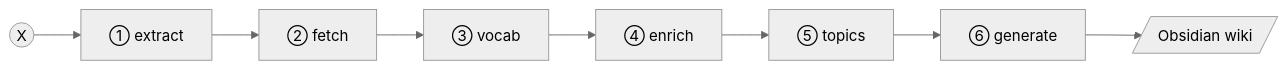
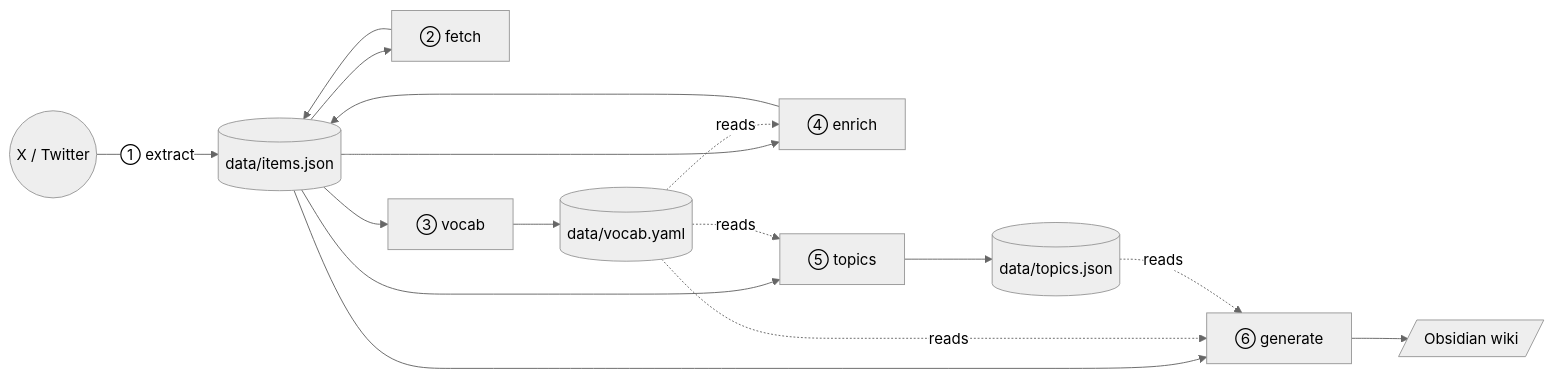
One commit to VGonPa/xbrain changed the second of 3 diagrams in README.md. Above: the diagram before and after it, drawn with Mermaid (neutral theme). The commit also changed other lines of this file, not shown here.

Commit message:
docs: restore artifact-hub diagram in README, fix ② visibility
The previous iteration removed the data artifacts (items.json, vocab.yaml,
topics.json, wiki) from the pipeline diagram in the name of fixing the
invisible ② label. Wrong trade — the artifact layout was the most useful
part of the diagram.

This restores the hub-and-spoke design with items.json at the center, but
converts every command into a labelled node (instead of relying on edge
labels for a D → D self-loop). All six stage numbers now render, and the
data flow into vocab.yaml / topics.json / the wiki is visible again.

````diff
--- a/README.md
+++ b/README.md
@@ -307,10 +307,13 @@
 ```mermaid
 flowchart LR
-    X((X)) --> E["① extract"]
-    E --> F["② fetch"]
-    F --> V["③ vocab"]
-    V --> En["④ enrich"]
-    En --> T["⑤ topics"]
-    T --> G["⑥ generate"]
-    G --> W[/Obsidian wiki/]
+    X((X / Twitter)) -->|① extract| D[(data/items.json)]
+    D --> Fe["② fetch"] --> D
+    D --> Vo["③ vocab"] --> V[(data/vocab.yaml)]
+    D --> En["④ enrich"] --> D
+    V -.->|reads| En
+    D --> To["⑤ topics"] --> T[(data/topics.json)]
+    V -.->|reads| To
+    D --> Ge["⑥ generate"] --> W[/Obsidian wiki/]
+    V -.->|reads| Ge
+    T -.->|reads| Ge
 ```
````
